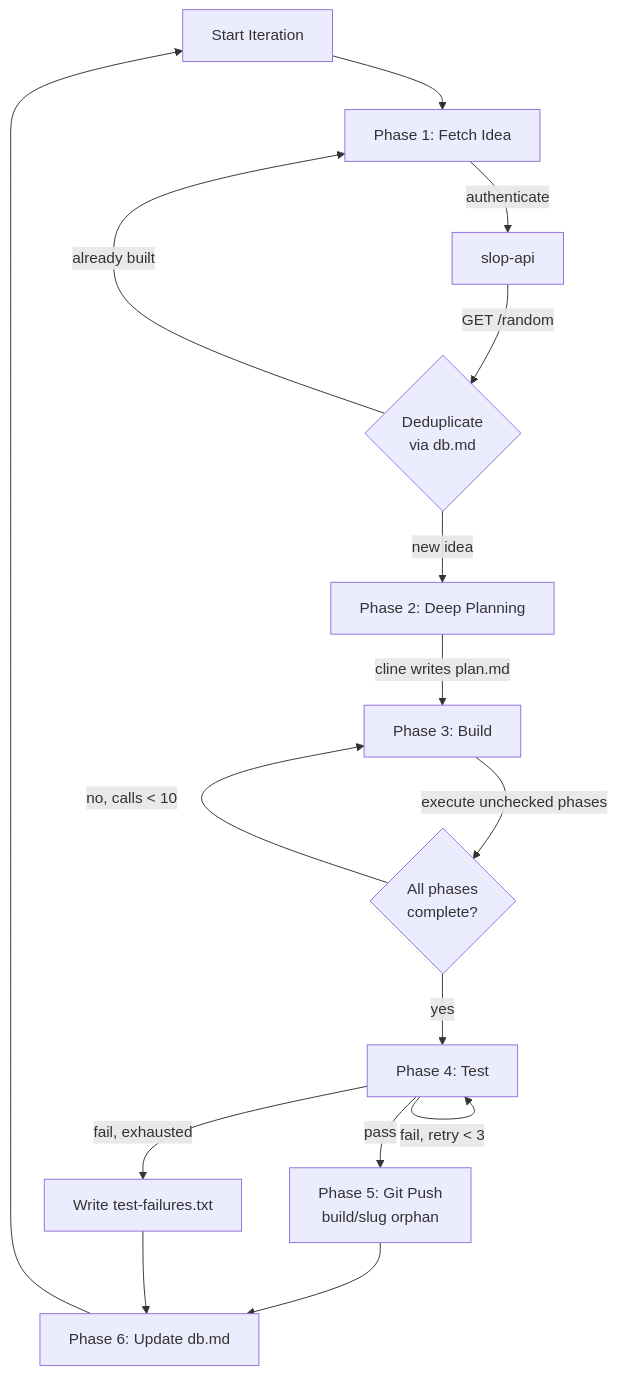
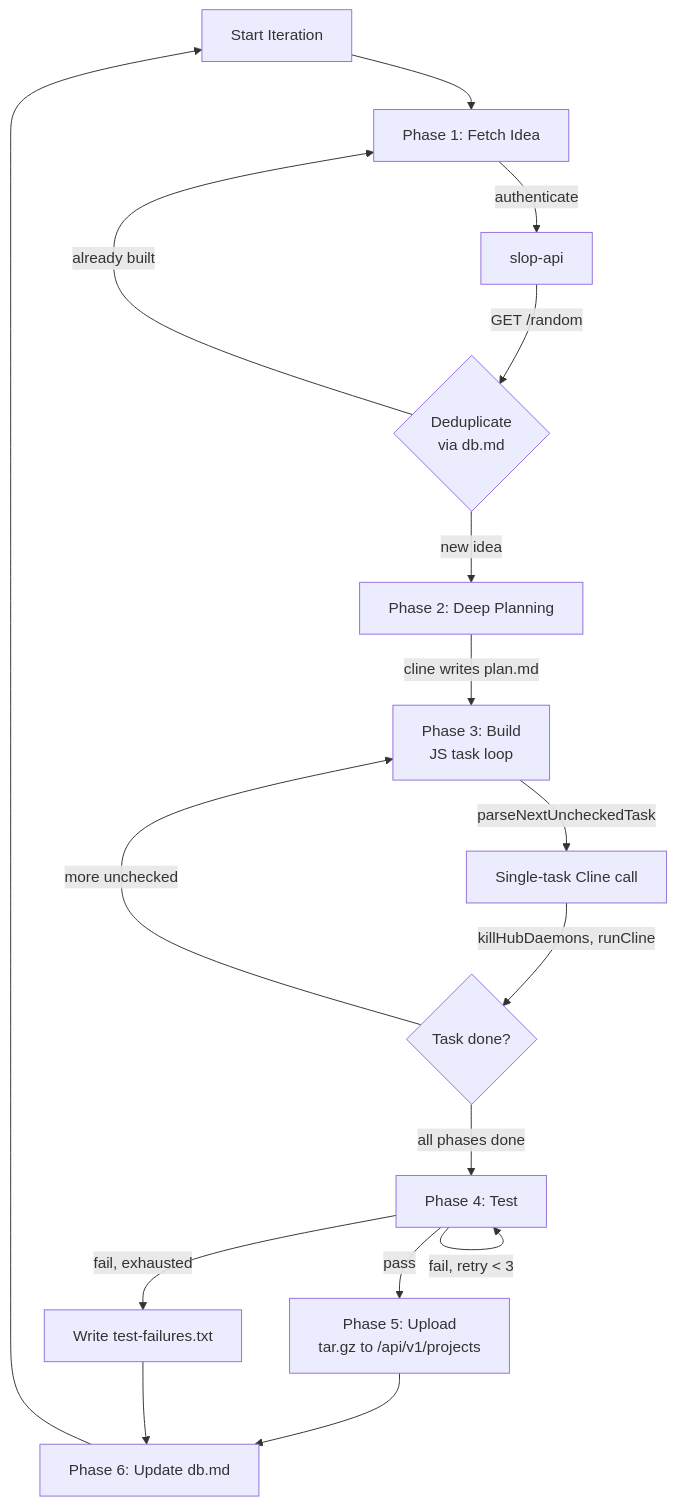
Before and after one commit to jtmb/slop-generator: the diagram in docs/SLOP-BUILDER.md, drawn with Mermaid. The commit also changed other lines of this file and 103 other files, not shown here.

First line of the commit message:
refactor: replace git sync with tar.gz upload mechanism

````diff
--- a/docs/SLOP-BUILDER.md
+++ b/docs/SLOP-BUILDER.md
@@ -9,18 +11,19 @@
 ```mermaid
 flowchart TB
     S[Start Iteration] --> F[Phase 1: Fetch Idea]
     F -->|authenticate| A[slop-api]
     A -->|GET /random| D{Deduplicate<br/>via db.md}
     D -->|already built| F
     D -->|new idea| P[Phase 2: Deep Planning]
-    P -->|cline writes plan.md| B[Phase 3: Build]
-    B -->|execute unchecked phases| C{All phases<br/>complete?}
-    C -->|no, calls < 10| B
-    C -->|yes| T[Phase 4: Test]
-    T -->|pass| G[Phase 5: Git Push<br/>build/slug orphan]
+    P -->|cline writes plan.md| B[Phase 3: Build<br/>JS task loop]
+    B -->|parseNextUncheckedTask| T1[Single-task Cline call]
+    T1 -->|killHubDaemons, runCline| T2{Task done?}
+    T2 -->|more unchecked| B
+    T2 -->|all phases done| T[Phase 4: Test]
+    T -->|pass| U[Phase 5: Upload<br/>tar.gz to /api/v1/projects]
     T -->|fail, retry < 3| T
     T -->|fail, exhausted| X[Write test-failures.txt]
-    G --> U[Phase 6: Update db.md]
-    X --> U
-    U --> S
+    U --> D2[Phase 6: Update db.md]
+    X --> D2
+    D2 --> S
 ```
````
